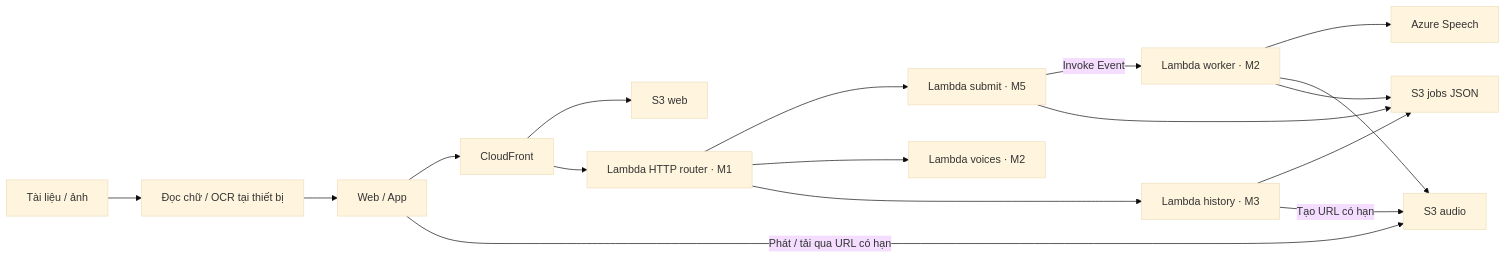
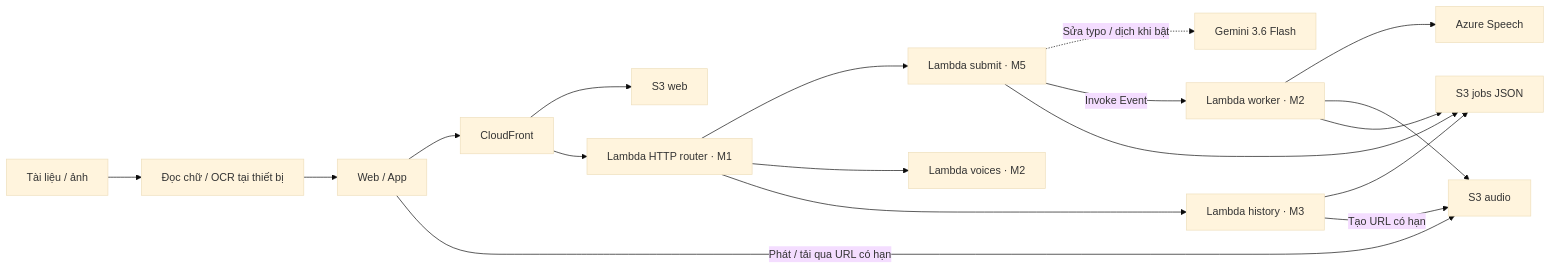
The diagram in README.md (solvarhuynh/aws-multilingual-tts), drawn with Mermaid (base theme) before and after one commit. The commit also changed other lines of this file and 34 other files, not shown here.

Commit message:
feat: complete long document Gemini demo flow

````diff
--- a/README.md
+++ b/README.md
@@ -77,19 +77,20 @@
 ```mermaid
 flowchart LR
     DOC[Tài liệu / ảnh] --> IMPORT[Đọc chữ / OCR tại thiết bị]
     IMPORT --> CLIENT
     CLIENT[Web / App] --> CF[CloudFront]
     CF --> WEB[S3 web]
     CF --> ROUTER[Lambda HTTP router · M1]
     ROUTER --> SUBMIT[Lambda submit · M5]
     ROUTER --> VOICES[Lambda voices · M2]
     ROUTER --> HISTORY[Lambda history · M3]
+    SUBMIT -.->|Sửa typo / dịch khi bật| GEMINI[Gemini 3.6 Flash]
     SUBMIT -->|Invoke Event| WORKER[Lambda worker · M2]
     WORKER --> AZURE[Azure Speech]
     WORKER --> AUDIO[S3 audio]
     SUBMIT --> JOBS[S3 jobs JSON]
     WORKER --> JOBS
     HISTORY --> JOBS
     HISTORY -->|Tạo URL có hạn| AUDIO
     CLIENT -->|Phát / tải qua URL có hạn| AUDIO
 ```
````
